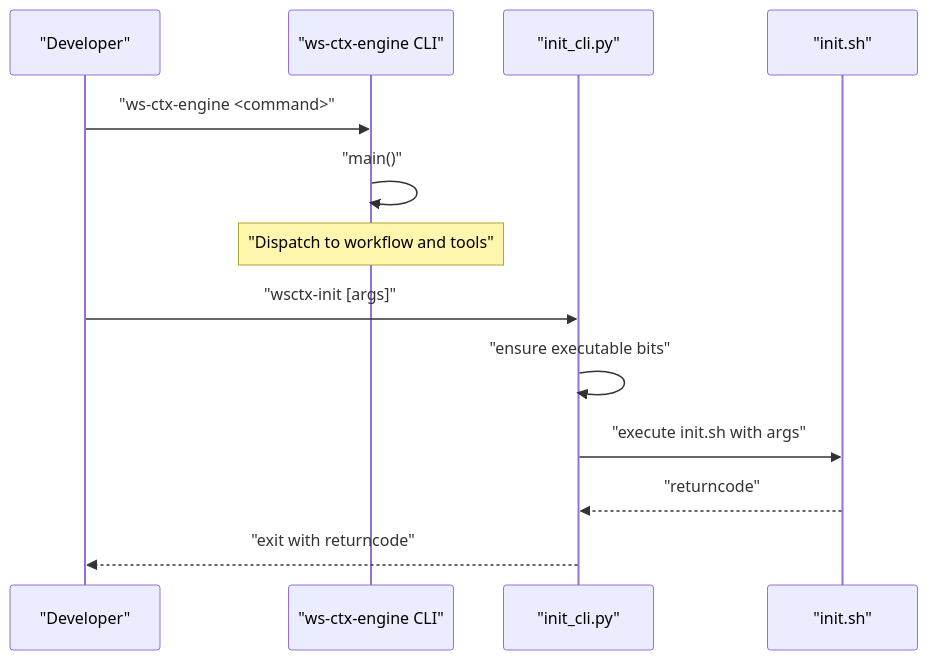
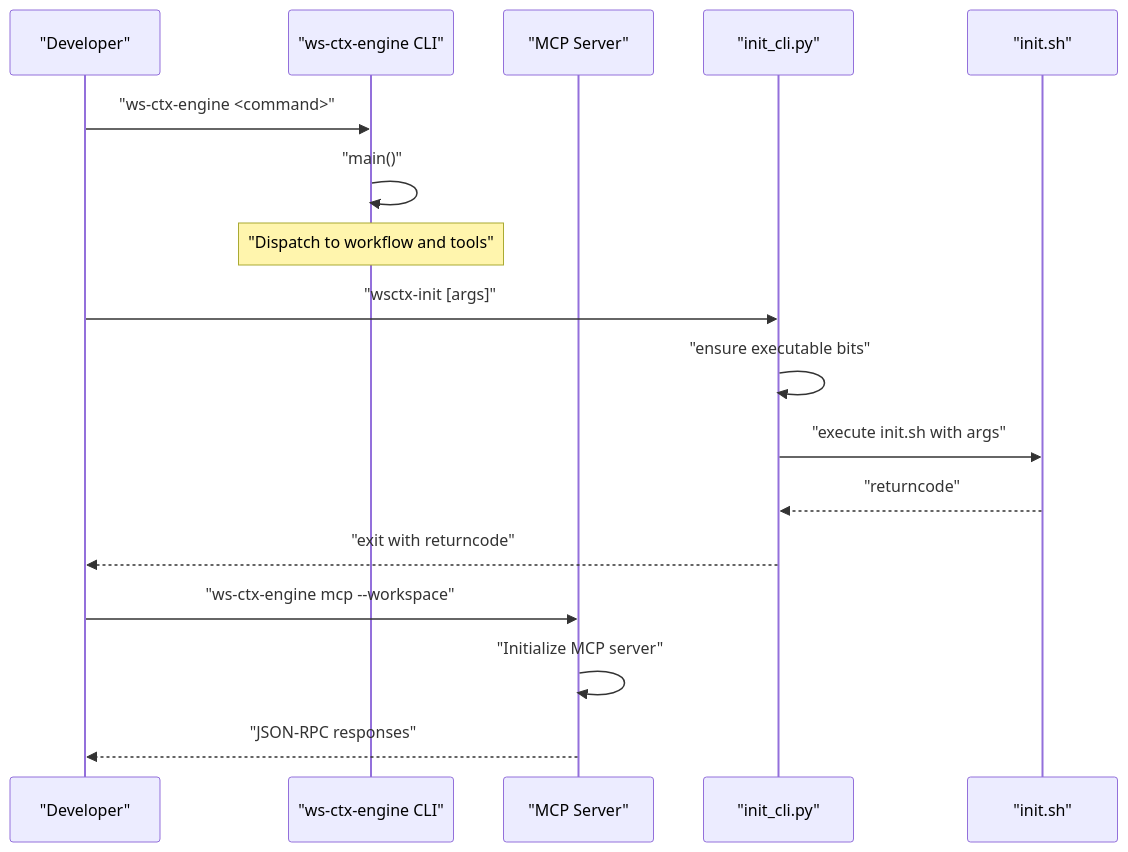
The third of 5 diagrams in .qoder/repowiki/en/content/Development Guide.md (maemreyo/zmr-ctx-paker), drawn with Mermaid before and after one commit. The commit also changed other lines of this file and 6 other files, not shown here.

````diff
--- a/.qoder/repowiki/en/content/Development Guide.md
+++ b/.qoder/repowiki/en/content/Development Guide.md
@@ -123,15 +404,19 @@
 ```mermaid
 sequenceDiagram
 participant User as "Developer"
 participant CLI as "ws-ctx-engine CLI"
+participant MCP as "MCP Server"
 participant Init as "init_cli.py"
 participant Script as "init.sh"
 User->>CLI : "ws-ctx-engine <command>"
 CLI->>CLI : "main()"
 Note over CLI : "Dispatch to workflow and tools"
 User->>Init : "wsctx-init [args]"
 Init->>Init : "ensure executable bits"
 Init->>Script : "execute init.sh with args"
 Script-->>Init : "returncode"
 Init-->>User : "exit with returncode"
+User->>MCP : "ws-ctx-engine mcp --workspace"
+MCP->>MCP : "Initialize MCP server"
+MCP-->>User : "JSON-RPC responses"
 ```
````
